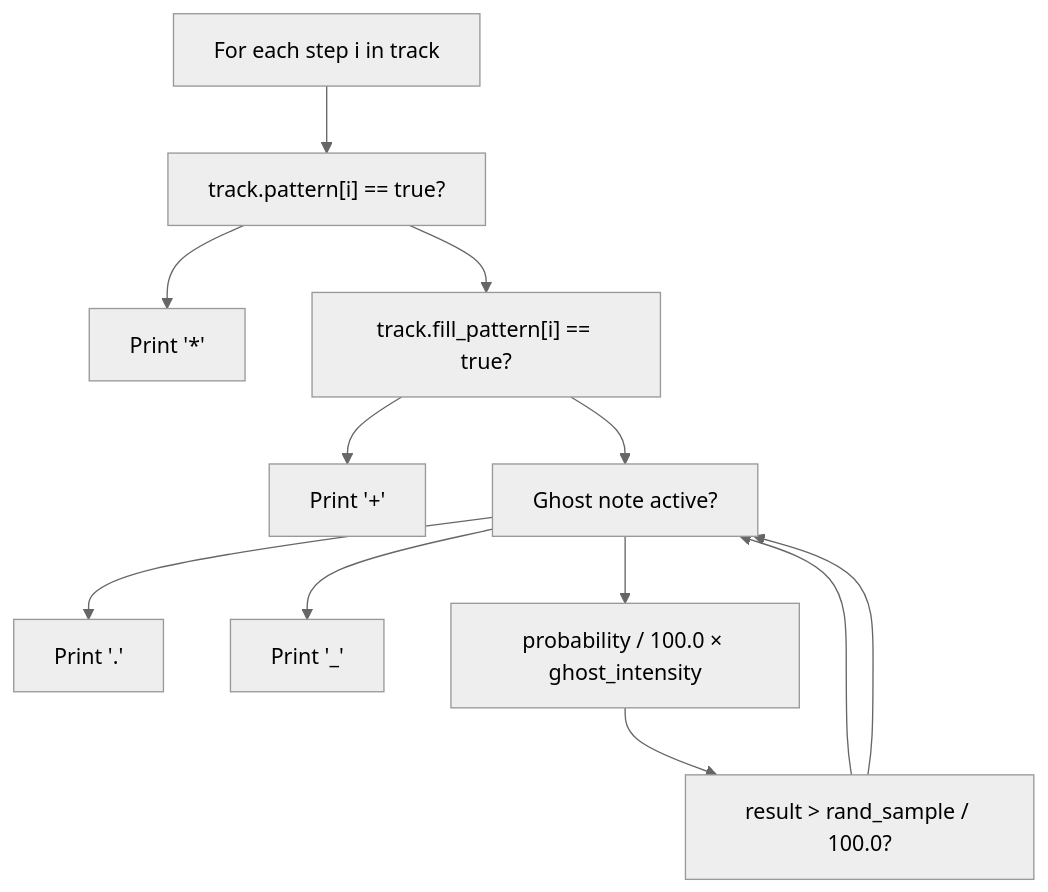
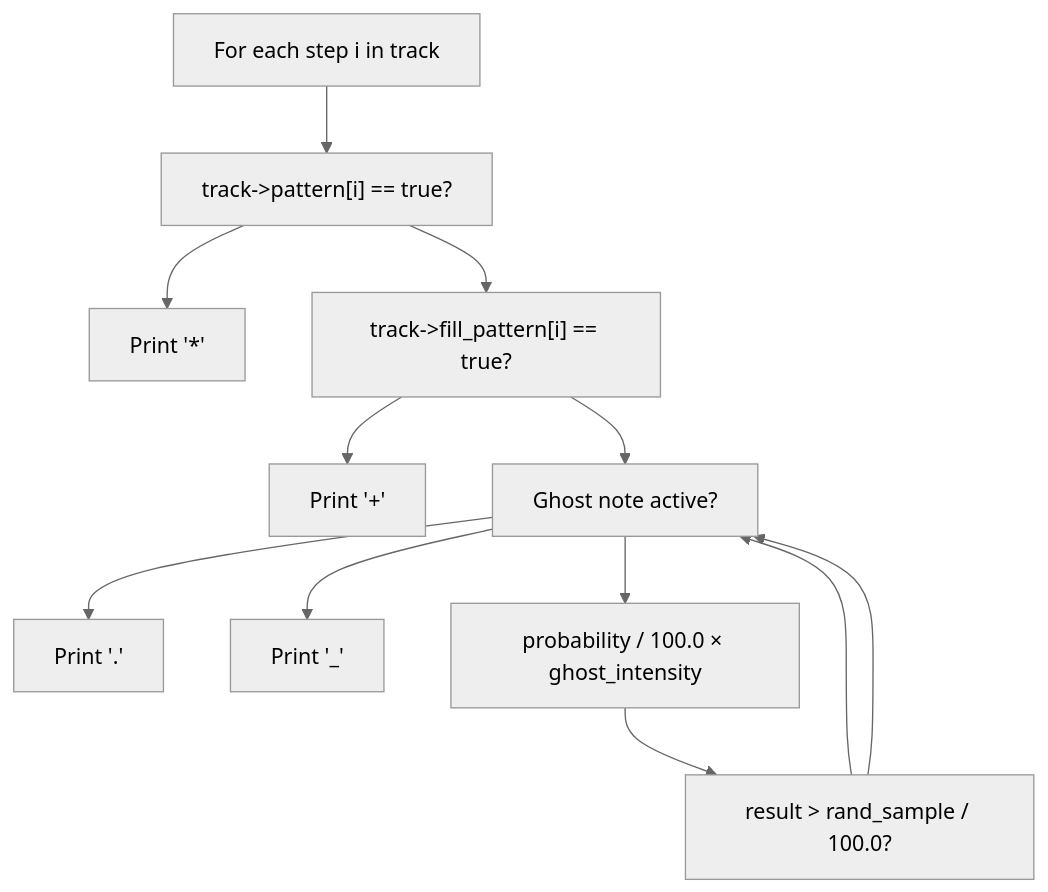
Before and after one commit to Jus-Be/orinayo-pico: the second of 4 diagrams in wiki/7.2-status-display.md, drawn with Mermaid (neutral theme). The commit also changed other lines of this file and 42 other files, not shown here.

````diff
--- a/wiki/7.2-status-display.md
+++ b/wiki/7.2-status-display.md
@@ -114,26 +114,26 @@
 ```mermaid
 flowchart TD
 
 A["For each step i in track"]
-B["track.pattern[i] == true?"]
+B["track->pattern[i] == true?"]
 C["Print '*'"]
-D["track.fill_pattern[i] == true?"]
+D["track->fill_pattern[i] == true?"]
 E["Print '+'"]
 F["Ghost note active?"]
 G["Print '.'"]
 H["Print '_'"]
 I["probability / 100.0 × ghost_intensity"]
 J["result > rand_sample / 100.0?"]
 
 A --> B
 B --> C
 B --> D
 D --> E
 D --> F
 F --> G
 F --> H
 F --> I
 I --> J
 J --> F
 J --> F
 ```
````
